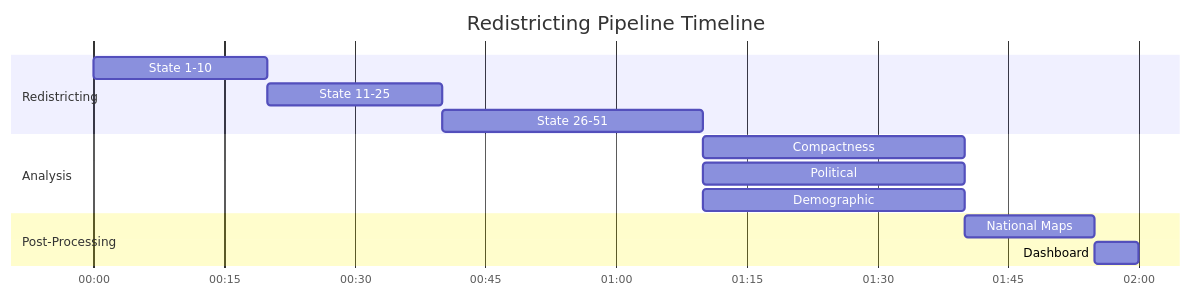
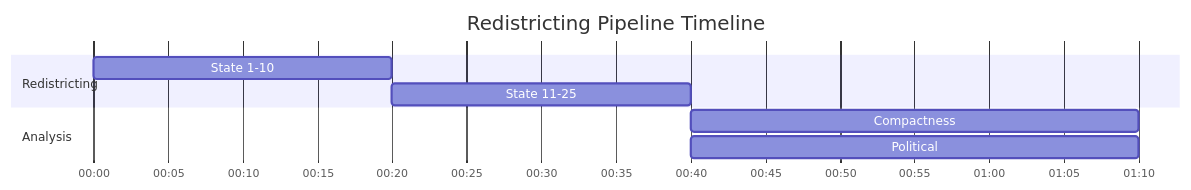
Before and after one commit to giodl73-repo/DEXTRO: the sixth of 15 diagrams in .claude/skills/create-architecture-diagram/SKILL.md, drawn with Mermaid. The commit also changed other lines of this file and 3 other files, not shown here.

````diff
--- a/.claude/skills/create-architecture-diagram/SKILL.md
+++ b/.claude/skills/create-architecture-diagram/SKILL.md
@@ -214,20 +128,14 @@
 ```mermaid
 gantt
     title Redistricting Pipeline Timeline
     dateFormat  HH:mm
     axisFormat %H:%M
 
     section Redistricting
     State 1-10    :a1, 00:00, 20m
     State 11-25   :a2, after a1, 20m
-    State 26-51   :a3, after a2, 30m
 
     section Analysis
-    Compactness   :b1, after a3, 30m
-    Political     :b2, after a3, 30m
-    Demographic   :b3, after a3, 30m
-
-    section Post-Processing
-    National Maps :c1, after b1, 15m
-    Dashboard     :c2, after c1, 5m
+    Compactness   :b1, after a2, 30m
+    Political     :b2, after a2, 30m
 ```
````
